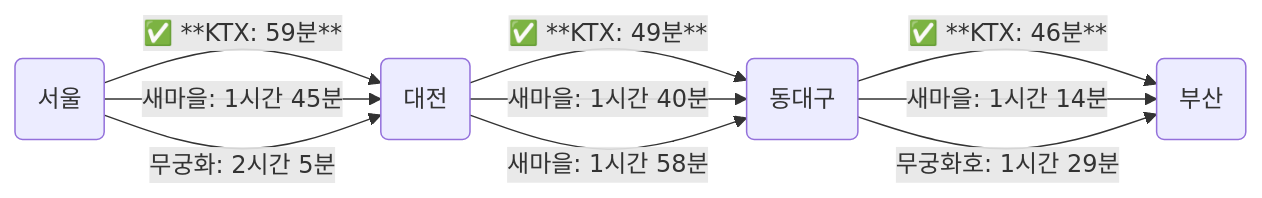
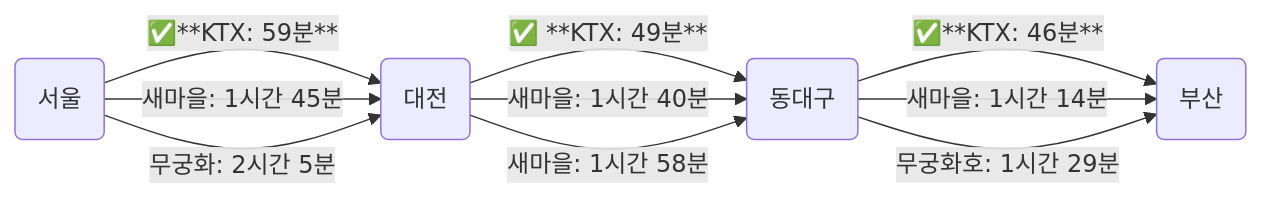
One commit to iceflower/iceflower.github.io changed the first of 2 diagrams in _posts/2024-10-16-greedy-algorithm.md. Above: the diagram before and after it, drawn with Mermaid. The commit also changed 2 other files, not shown here.

Commit message:
remove: 다크모드 자동 변경기능 제거 (#15)
- 머메이드와의 연동 이슈로 인해, 다크모드 자동 변경 기능을 제거합니다.

```diff
--- a/_posts/2024-10-16-greedy-algorithm.md
+++ b/_posts/2024-10-16-greedy-algorithm.md
@@ -46,18 +46,12 @@
 <div class="mermaid"> 
-flowchart LR;
-A(서울);
-B(대전);
-C(동대구);
-D(부산);
-
-
-A -->|✅ **KTX: 59분**| B;
-A -->|새마을: 1시간 45분| B;
-A -->|무궁화: 2시간 5분| B;
-B -->|✅ **KTX: 49분**| C;
-B -->|새마을: 1시간 40분| C;
-B -->|새마을: 1시간 58분| C;
-C -->|✅ **KTX: 46분**| D;
-C -->|새마을: 1시간 14분| D;
-C -->|무궁화호: 1시간 29분| D;
+flowchart LR
+    A("서울") -- "✅**KTX: 59분**" --> B("대전")
+    A -- "새마을: 1시간 45분" --> B
+    A -- "무궁화: 2시간 5분" --> B
+    B -- "✅ **KTX: 49분**" --> C("동대구")
+    B -- "새마을: 1시간 40분" --> C
+    B -- "새마을: 1시간 58분" --> C
+    C -- "✅**KTX: 46분**" --> D("부산")
+    C -- "새마을: 1시간 14분" --> D
+    C -- "무궁화호: 1시간 29분" --> D
 </div>
```
